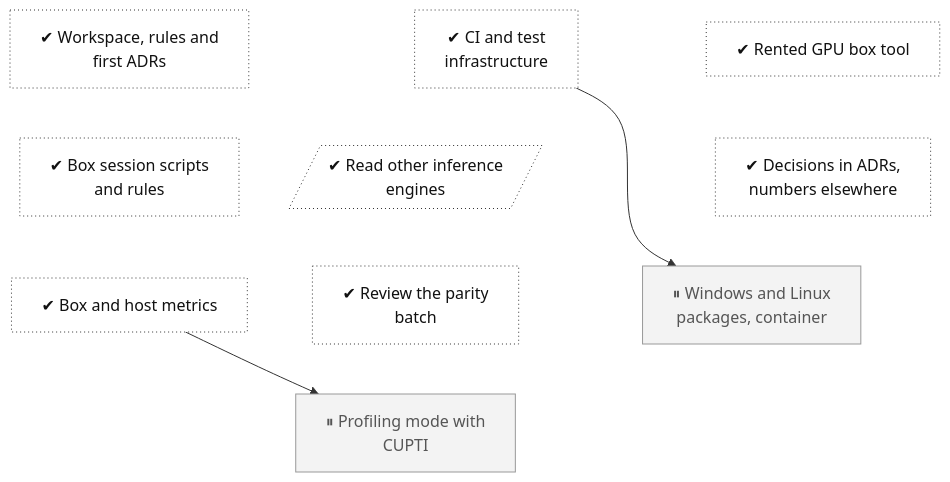
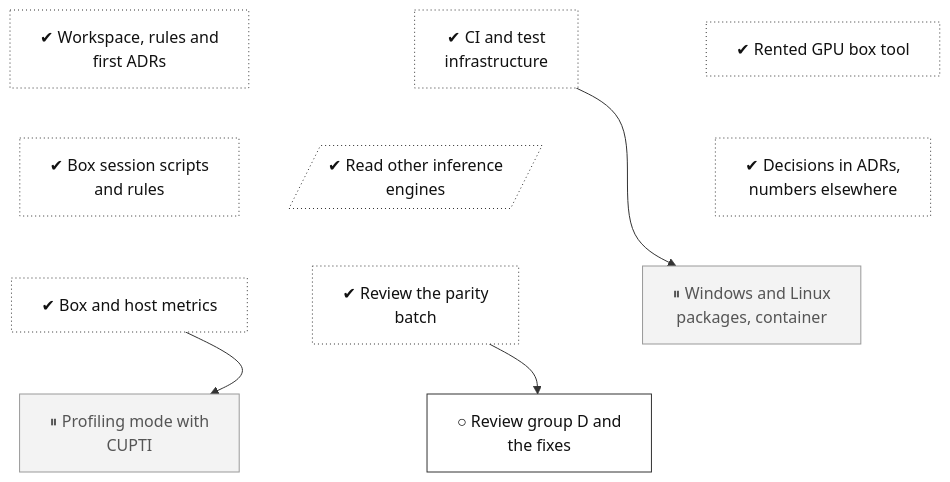
Before and after one commit to lhns/tetraeder: the diagram in docs/roadmap/tracks/ops.md, drawn with Mermaid. The commit also changed other lines of this file and 9 other files, not shown here.

````diff
--- a/docs/roadmap/tracks/ops.md
+++ b/docs/roadmap/tracks/ops.md
@@ -10,40 +10,43 @@
 ```mermaid
 flowchart TB
     ops_foundations["✔ Workspace, rules and<br/>first ADRs"]
     ops_ci["✔ CI and test<br/>infrastructure"]
     ops_taxameter["✔ Rented GPU box tool"]
     ops_box_driver["✔ Box session scripts<br/>and rules"]
     ops_external_reads[/"✔ Read other inference<br/>engines"/]
     ops_docs["✔ Decisions in ADRs,<br/>numbers elsewhere"]
     ops_telemetry["✔ Box and host metrics"]
     ops_review_parity_batch["✔ Review the parity<br/>batch"]
     ops_packages["⏸ Windows and Linux<br/>packages, container"]
     ops_profiling_mode["⏸ Profiling mode with<br/>CUPTI"]
+    ops_review_group_d["○ Review group D and<br/>the fixes"]
     ops_foundations ~~~ ops_box_driver
     ops_ci ~~~ ops_external_reads
     ops_taxameter ~~~ ops_docs
     ops_box_driver ~~~ ops_telemetry
     ops_external_reads ~~~ ops_review_parity_batch
     ops_docs ~~~ ops_packages
     ops_telemetry ~~~ ops_profiling_mode
-    ops_review_parity_batch ~~~ ops_profiling_mode
-    ops_packages ~~~ ops_profiling_mode
+    ops_review_parity_batch ~~~ ops_review_group_d
+    ops_packages ~~~ ops_review_group_d
     ops_ci --> ops_packages
     ops_telemetry --> ops_profiling_mode
+    ops_review_parity_batch --> ops_review_group_d
     classDef vsucc fill:#2e9e4f,stroke:#1b6b34,color:#fff
     classDef succ fill:#bfe8c8,stroke:#2e9e4f,color:#111
     classDef mixed fill:#ffd37a,stroke:#c98a00,color:#111
     classDef bad fill:#f28b82,stroke:#b3261e,color:#111
     classDef dead fill:#e6e6e6,stroke:#777,stroke-dasharray:5 5,color:#555
     classDef inprog fill:#a8cdf5,stroke:#1f6fc5,color:#111
     classDef next fill:#fff,stroke:#333,color:#111
     classDef blocked fill:#fff,stroke:#b3261e,stroke-dasharray:2 2,color:#111
     classDef parked fill:#f3f3f3,stroke:#999,color:#555
     classDef unrated fill:#fff,stroke:#333,stroke-dasharray:1 3,color:#111
     classDef gate fill:#d9c2f0,stroke:#7b3fb5,color:#111
     classDef decided fill:#ece0f7,stroke:#7b3fb5,stroke-dasharray:2 2,color:#111
     classDef finding fill:#ffe0b2,stroke:#d84315,stroke-width:2px,color:#111
     classDef waiting fill:#e3f2fd,stroke:#1f6fc5,stroke-dasharray:5 5,color:#111
     class ops_foundations,ops_ci,ops_taxameter,ops_box_driver,ops_external_reads,ops_docs,ops_telemetry,ops_review_parity_batch unrated
     class ops_packages,ops_profiling_mode parked
+    class ops_review_group_d next
 ```
````
